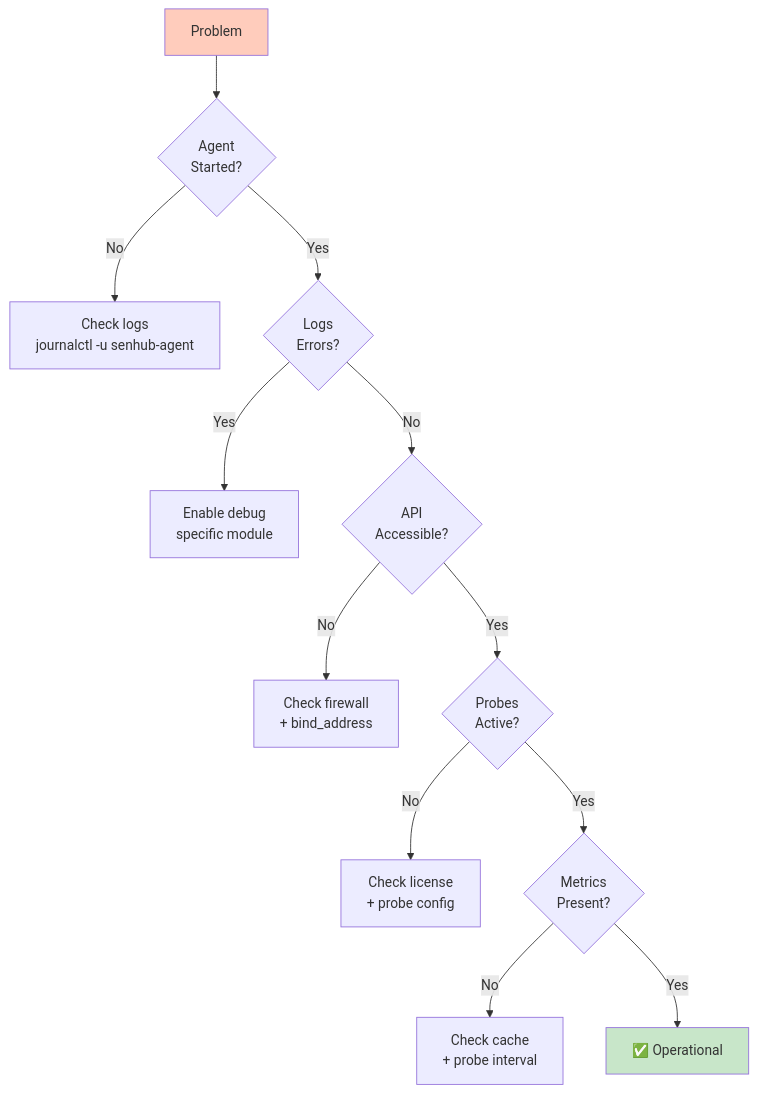
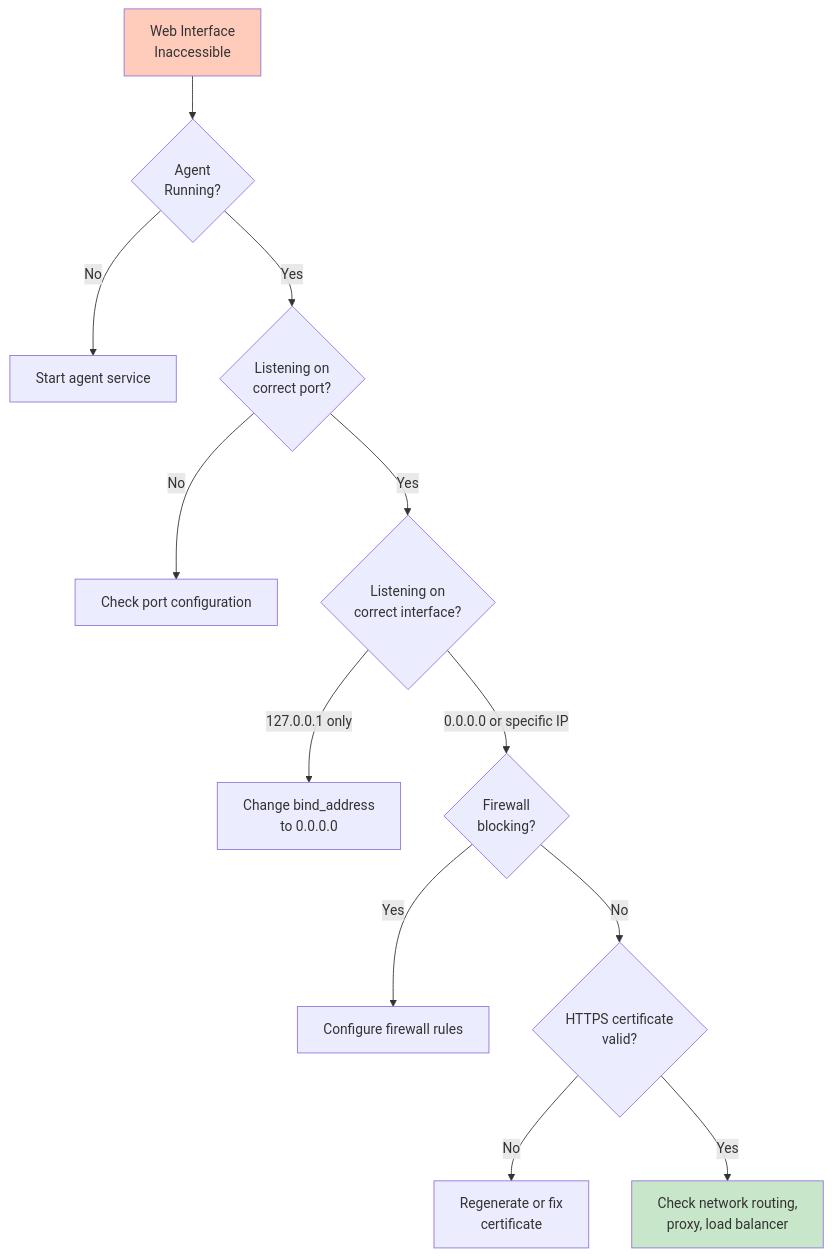
The fourth of 4 diagrams in docs/user-guide/TROUBLESHOOTING.md (senhub-io/senhub-agent), drawn with Mermaid before and after one commit. The commit also changed other lines of this file and 7 other files, not shown here.

````diff
--- a/docs/user-guide/TROUBLESHOOTING.md
+++ b/docs/user-guide/TROUBLESHOOTING.md
@@ -479,21 +1059,21 @@
 ```mermaid
 graph TD
-    START[Problem] --> Q1{Agent<br/>Started?}
-    Q1 -->|No| FIX1[Check logs<br/>journalctl -u senhub-agent]
-    Q1 -->|Yes| Q2{Logs<br/>Errors?}
+    START[Web Interface<br/>Inaccessible] --> Q1{Agent<br/>Running?}
+    Q1 -->|No| FIX1[Start agent service]
+    Q1 -->|Yes| Q2{Listening on<br/>correct port?}
 
-    Q2 -->|Yes| FIX2[Enable debug<br/>specific module]
-    Q2 -->|No| Q3{API<br/>Accessible?}
+    Q2 -->|No| FIX2[Check port configuration]
+    Q2 -->|Yes| Q3{Listening on<br/>correct interface?}
 
-    Q3 -->|No| FIX3[Check firewall<br/>+ bind_address]
-    Q3 -->|Yes| Q4{Probes<br/>Active?}
+    Q3 -->|127.0.0.1 only| FIX3[Change bind_address<br/>to 0.0.0.0]
+    Q3 -->|0.0.0.0 or specific IP| Q4{Firewall<br/>blocking?}
 
-    Q4 -->|No| FIX4[Check license<br/>+ probe config]
-    Q4 -->|Yes| Q5{Metrics<br/>Present?}
+    Q4 -->|Yes| FIX4[Configure firewall rules]
+    Q4 -->|No| Q5{HTTPS certificate<br/>valid?}
 
-    Q5 -->|No| FIX5[Check cache<br/>+ probe interval]
-    Q5 -->|Yes| OK[✅ Operational]
+    Q5 -->|No| FIX5[Regenerate or fix<br/>certificate]
+    Q5 -->|Yes| RESOLVE[Check network routing,<br/>proxy, load balancer]
 
     style START fill:#ffccbc
-    style OK fill:#c8e6c9
+    style RESOLVE fill:#c8e6c9
 ```
````
